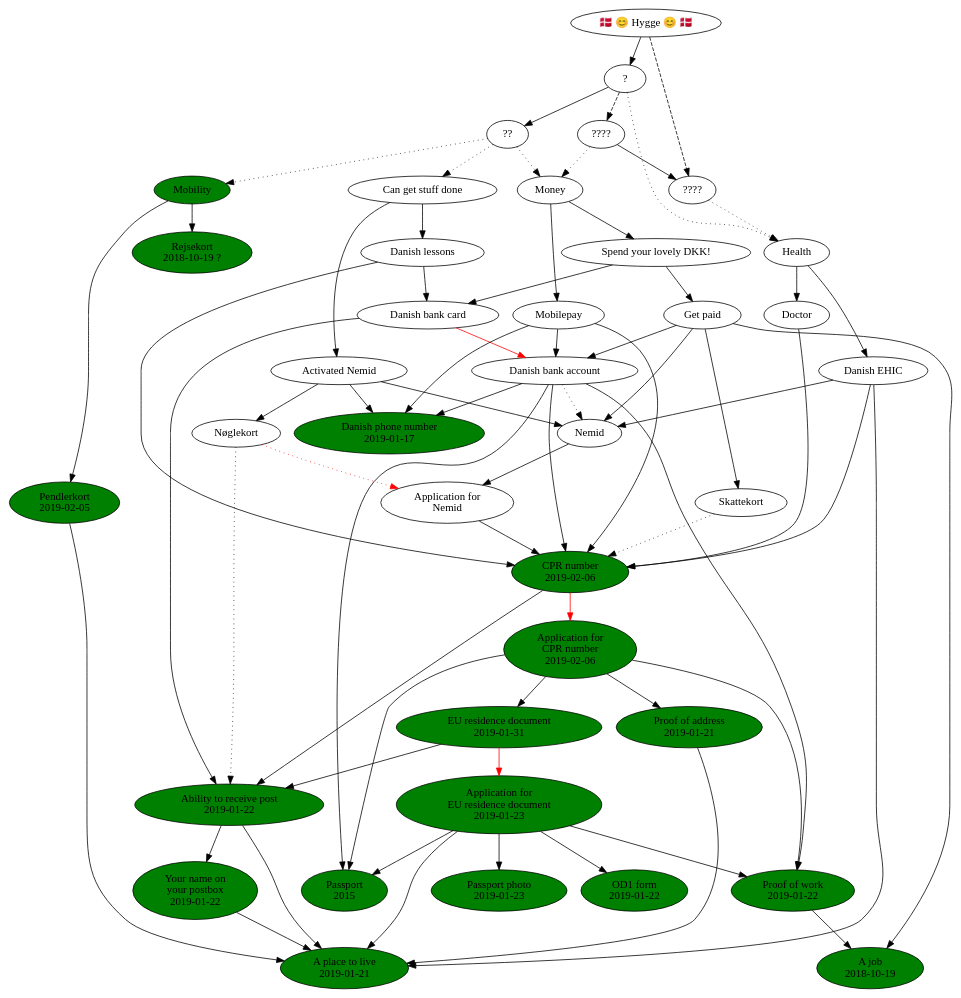
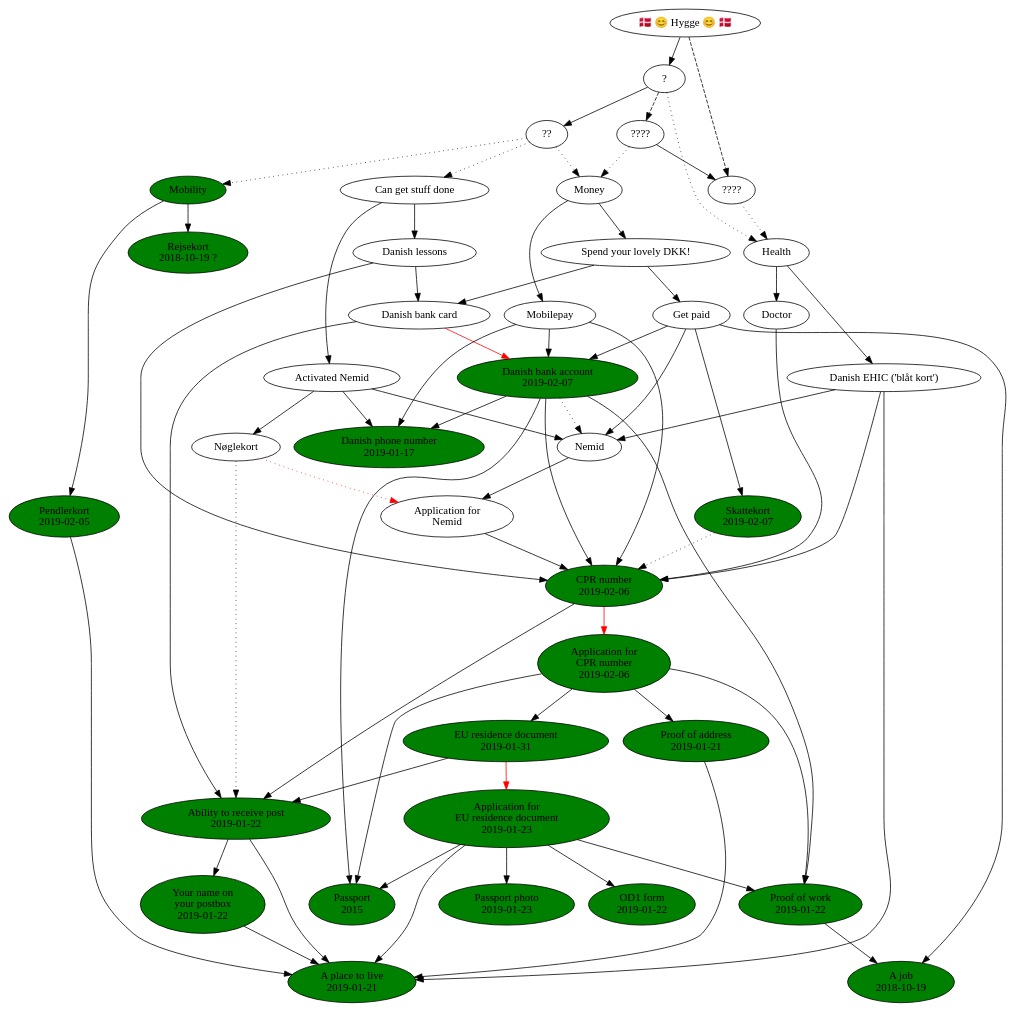
The diagram in flytter-til-danmark.dot (NoahBohme/emigrerer-til-danmark), drawn with Graphviz before and after one commit. The commit also changed 2 other files, not shown here.

Commit message:
Bankkonto! Skattekort!

```diff
--- a/flytter-til-danmark.dot
+++ b/flytter-til-danmark.dot
@@ -1,136 +1,136 @@
 digraph g {
   job [ label="A job\n2018-10-19" style=filled fillcolor=green ]
   proof_of_work [ label="Proof of work\n2019-01-22" style=filled fillcolor=green ]
   proof_of_work -> job
 
   passport [ label="Passport\n2015" style=filled fillcolor=green ]
 
   danish_phone_number [ label="Danish phone number\n2019-01-17" style=filled fillcolor=green ]
   rejsekort [ label="Rejsekort\n2018-10-19 ?" style=filled fillcolor=green ]
 
   place_to_live [ label="A place to live\n2019-01-21" style=filled fillcolor=green ]
 
   name_on_postbox [ label="Your name on\nyour postbox\n2019-01-22" style=filled fillcolor=green ]
   name_on_postbox -> place_to_live
 
   can_receive_post [ label="Ability to receive post\n2019-01-22" style=filled fillcolor=green ]
   can_receive_post -> place_to_live
   can_receive_post -> name_on_postbox
 
   pendlerkort [ label="Pendlerkort\n2019-02-05" style=filled fillcolor=green ]
   pendlerkort -> place_to_live
 
   eu_residence_document_application [ label="Application for\nEU residence document\n2019-01-23" style=filled fillcolor=green ]
   eu_residence_document_application -> place_to_live
   eu_residence_document_application -> proof_of_work
   eu_residence_document_application -> passport
   eu_residence_document_application -> od1_form
   od1_form [ label="OD1 form\n2019-01-22" style=filled fillcolor=green ]
   passport_photo [ label="Passport photo\n2019-01-23" style=filled fillcolor=green ]
   eu_residence_document_application -> passport_photo
 
   eu_residence_document [ label="EU residence document\n2019-01-31" style=filled fillcolor=green ]
   eu_residence_document -> eu_residence_document_application [ color="red" ]
   eu_residence_document -> can_receive_post
 
   cpr_number_application [ label="Application for\nCPR number\n2019-02-06" style=filled fillcolor=green ]
   cpr_number_application -> eu_residence_document
   cpr_number_application -> proof_of_work
   cpr_number_application -> proof_of_address
   cpr_number_application -> passport
 
   cpr_number [ label="CPR number\n2019-02-06" style=filled fillcolor=green ]
   cpr_number -> cpr_number_application [ color="red" ]
   cpr_number -> can_receive_post
 
   proof_of_address [ label="Proof of address\n2019-01-21" style=filled fillcolor=green ]
   proof_of_address -> place_to_live
 
-  skattekort [ label="Skattekort" ]
+  skattekort [ label="Skattekort\n2019-02-07" style=filled fillcolor=green ]
   skattekort -> cpr_number [ style="dotted" ]
 
   nemid_application [ label="Application for\nNemid" ]
   nemid_application -> cpr_number
   nemid [ label="Nemid" ]
   nemid -> nemid_application
 
-  danish_bank_account [ label="Danish bank account" ]
+  danish_bank_account [ label="Danish bank account\n2019-02-07" style=filled fillcolor=green ]
   danish_bank_account -> cpr_number
   danish_bank_account -> proof_of_work
   danish_bank_account -> nemid [ style="dotted" ]
   danish_bank_account -> passport
   danish_bank_account -> danish_phone_number
 
   activated_nemid [ label="Activated Nemid" ]
   activated_nemid -> nemid
   activated_nemid -> danish_phone_number
   noglekort [ label="Nøglekort" ]
   activated_nemid -> noglekort
   noglekort -> nemid_application [ style="dotted" color="red" ]
   noglekort -> can_receive_post [ style="dotted" ]
 
-  ehic [ label="Danish EHIC" ]
+  ehic [ label="Danish EHIC ('blåt kort')" ]
   ehic -> cpr_number
   ehic -> nemid
   ehic -> place_to_live
 
   doctor [ label="Doctor" ]
   doctor -> cpr_number
 
   get_paid [ label="Get paid" ]
   get_paid -> job
   get_paid -> skattekort
   get_paid -> danish_bank_account
   get_paid -> nemid
 
   danish_lessions [ label="Danish lessons" ]
   danish_lessions -> cpr_number
   danish_lessions -> danish_bank_card
 
   danish_bank_card [ label="Danish bank card" ]
   danish_bank_card -> danish_bank_account [ color="red" ]
   danish_bank_card -> can_receive_post
 
   spend_lovely_dkk [ label="Spend your lovely DKK!" ]
   spend_lovely_dkk -> get_paid
   spend_lovely_dkk -> danish_bank_card
 
   mobilepay [ label="Mobilepay" ]
   mobilepay -> cpr_number
   mobilepay -> danish_phone_number
   mobilepay -> danish_bank_account
 
   // Det endeligt mål
   hygge [ label="🇩🇰 😊 Hygge 😊 🇩🇰" ]
   // Deliberately vague so as not to imply that (a) hygge has a formula, or
   // (b) it depends on any of the named things
   hygge -> magi4 [ style=dashed ]
   hygge -> magi1
   magi1 [ label="?" ]
   magi4 [ label="????" ]
   magi2 [ label="??" ]
   magi3 [ label="????" ]
   magi3 -> magi4
   magi1 -> magi2
   magi1 -> magi3 [ style=dashed ]
 
   magi1 -> helbred [ style=dotted ]
   magi2 -> penge [ style=dotted ]
 
   magi4 -> helbred [ style=dotted ]
   helbred [ label="Health" ]
   helbred -> doctor
   helbred -> ehic
   magi3 -> penge [ style=dotted ]
   penge [ label="Money" ]
   penge -> spend_lovely_dkk
   penge -> mobilepay
   magi2 -> rejser [ style=dotted ]
   rejser [ label="Mobility" style=filled fillcolor=green ]
   rejser -> pendlerkort
   rejser -> rejsekort
   magi2 -> faa_ting_gjort [ style=dotted ]
   faa_ting_gjort [ label="Can get stuff done" ]
   faa_ting_gjort -> activated_nemid
   faa_ting_gjort -> danish_lessions
 }
```
